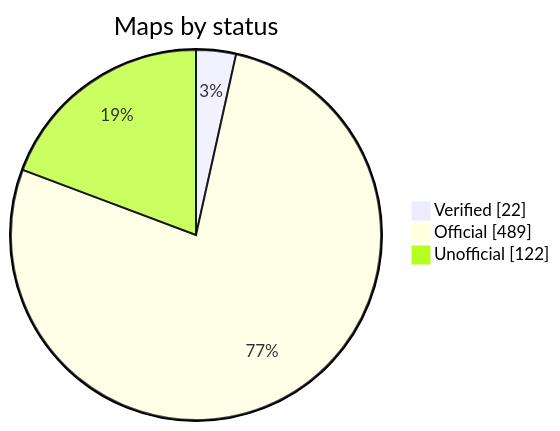
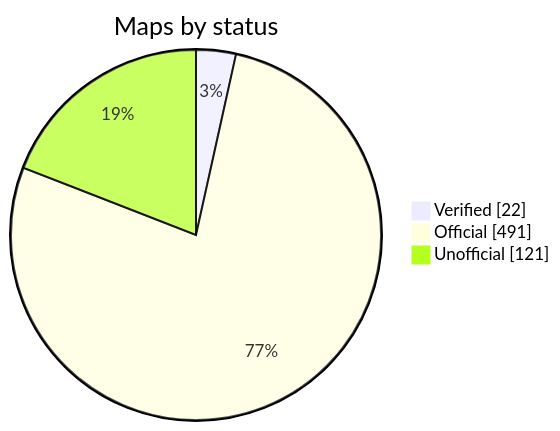
The diagram in README.md (nobrega8/mbmap-library), drawn with Mermaid before and after one commit. The commit also changed 7 other files, not shown here.

````diff
--- a/README.md
+++ b/README.md
@@ -52,7 +52,7 @@
 ```mermaid
 pie showData
     title Maps by status
     "Verified" : 22
-    "Official" : 489
-    "Unofficial" : 122
+    "Official" : 491
+    "Unofficial" : 121
 ```
````
